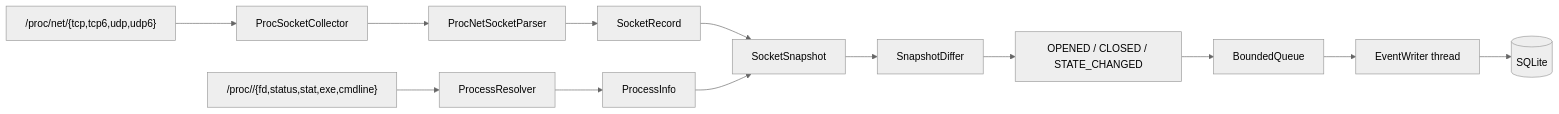
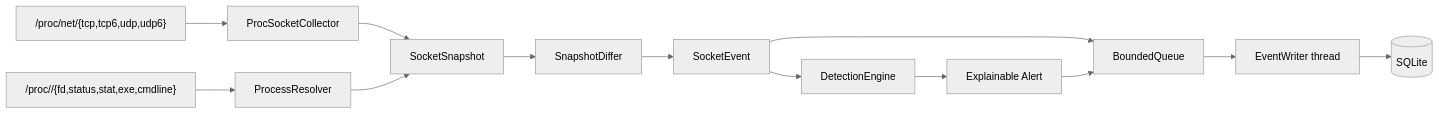
Before and after one commit to ShayaanRashedin/netwatch: the diagram in README.md, drawn with Mermaid (neutral theme). The commit also changed other lines of this file and 14 other files, not shown here.

First line of the commit message:
feat: add explainable behavioral detection engine

````diff
--- a/README.md
+++ b/README.md
@@ -37,15 +41,15 @@
 ```mermaid
 flowchart LR
     A["/proc/net/{tcp,tcp6,udp,udp6}"] --> B[ProcSocketCollector]
-    B --> C[ProcNetSocketParser]
     D["/proc/<pid>/{fd,status,stat,exe,cmdline}"] --> E[ProcessResolver]
-    C --> F[SocketRecord]
-    E --> G[ProcessInfo]
-    F --> H[SocketSnapshot]
-    G --> H
-    H --> I[SnapshotDiffer]
-    I --> J["OPENED / CLOSED / STATE_CHANGED"]
-    J --> K[BoundedQueue]
+    B --> F[SocketSnapshot]
+    E --> F
+    F --> G[SnapshotDiffer]
+    G --> H[SocketEvent]
+    H --> I[DetectionEngine]
+    I --> J[Explainable Alert]
+    H --> K[BoundedQueue]
+    J --> K
     K --> L[EventWriter thread]
     L --> M[(SQLite)]
 ```
````
